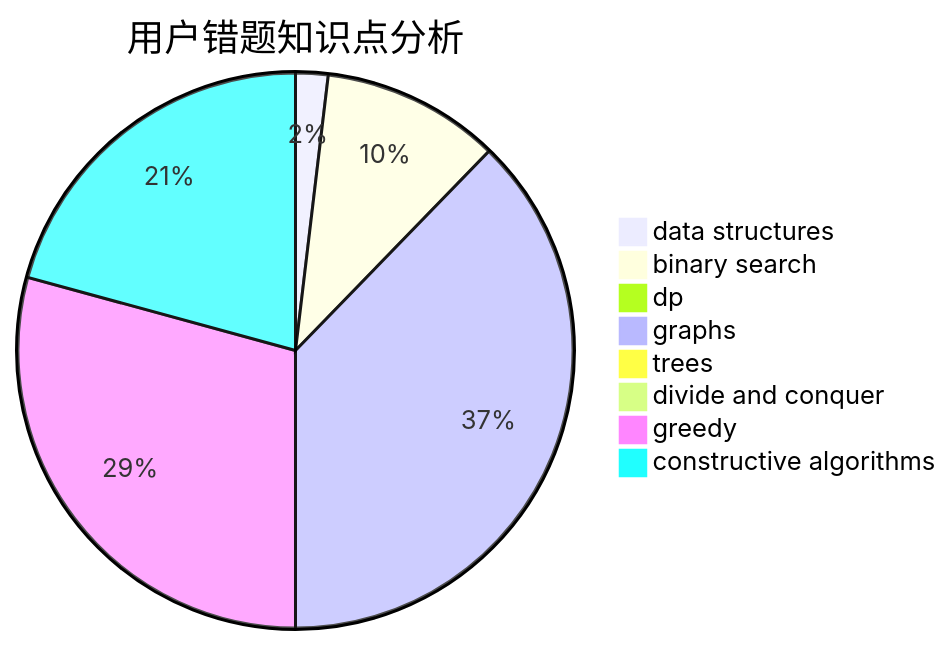
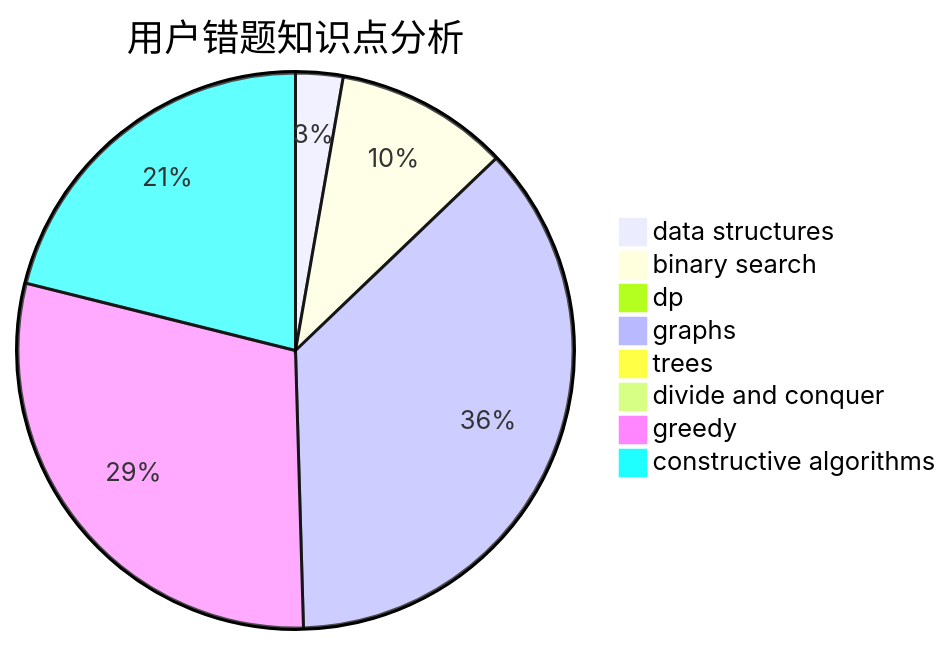
The third of 3 diagrams in docs/user/u1935.md (sherpahu/cfrs.github.io), drawn with Mermaid before and after one commit. The commit also changed other lines of this file and 2770 other files, not shown here.

````diff
--- a/docs/user/u1935.md
+++ b/docs/user/u1935.md
@@ -36,11 +36,11 @@
 ```mermaid
 pie title 用户错题知识点分析
-    "data structures" :  2
+    "data structures" :  3
     "binary search" :  11
-    "dp" :  0
+    "dp" :  1
     "graphs" :  40
     "trees" :  1
     "divide and conquer" :  0
-    "greedy" :  31
-    "constructive algorithms" :  22
+    "greedy" :  32
+    "constructive algorithms" :  23
 ```
````
